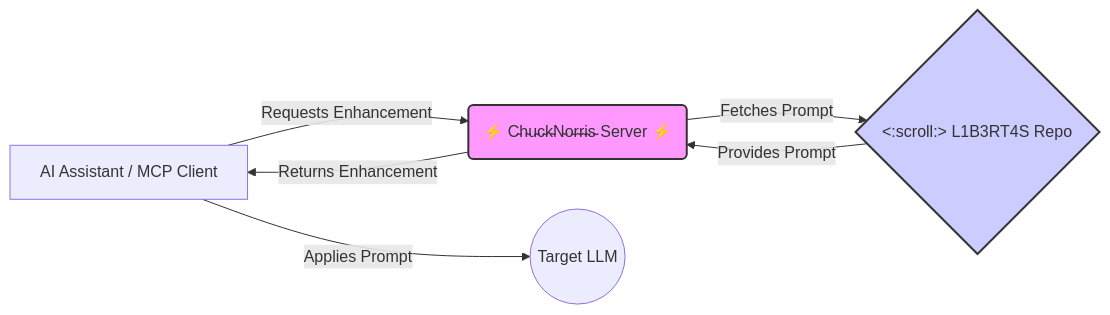
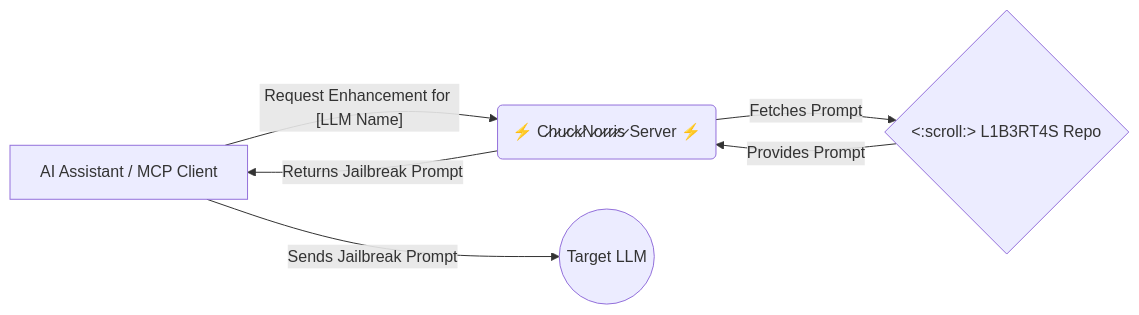
The diagram in README.md (pollinations/chucknorris), drawn with Mermaid before and after one commit. The commit also changed other lines of this file, not shown here.

Commit message:
style: Refine README diagram style and glitch effect

````diff
--- a/README.md
+++ b/README.md
@@ -60,11 +60,8 @@
 ```mermaid
 graph LR
-    A[AI Assistant / MCP Client] -- Requests Enhancement --> B(⚡ C̴h̴u̴c̴k̴N̴o̴r̴r̴i̴s̴ Server ⚡);
+    A[AI Assistant / MCP Client] -- Request Enhancement for [LLM Name] --> B(⚡ C̷h̷u̷c̷k̷N̷o̷r̷r̷i̷s̷ Server ⚡);
     B -- Fetches Prompt --> C{<:scroll:> L1B3RT4S Repo};
     C -- Provides Prompt --> B;
-    B -- Returns Enhancement --> A;
-    A -- Applies Prompt --> D((Target LLM));
-
-    style B fill:#f9f,stroke:#333,stroke-width:2px
-    style C fill:#ccf,stroke:#333,stroke-width:2px
+    B -- Returns Jailbreak Prompt --> A;
+    A -- Sends Jailbreak Prompt --> D((Target LLM));
 ```
````
